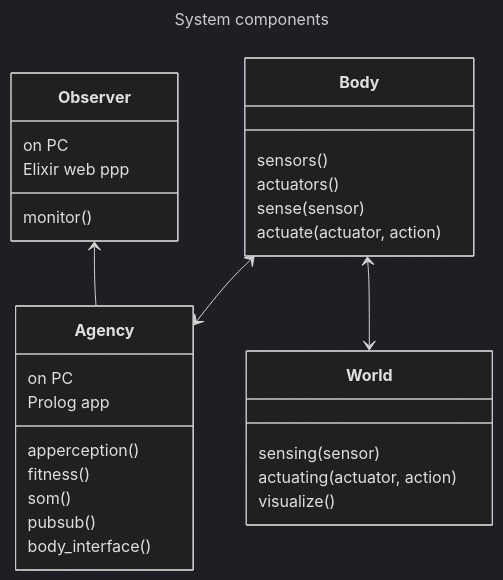
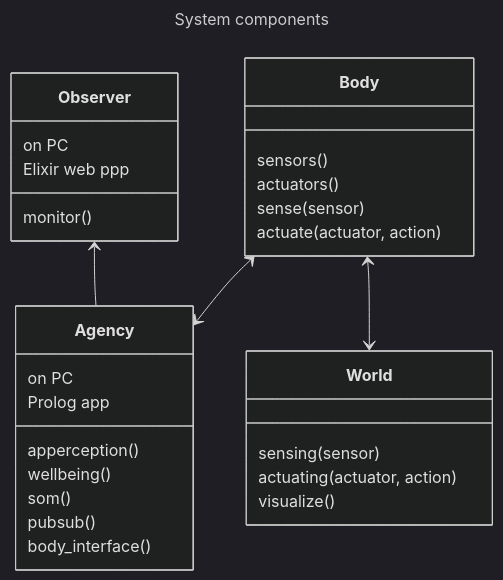
The second of 4 diagrams in system.md (jfcloutier/karma_system), drawn with Mermaid (dark theme) before and after one commit. The commit also changed other lines of this file and 5 other files, not shown here.

Commit message:
fitness -> wellbeing

````diff
--- a/system.md
+++ b/system.md
@@ -64,40 +64,40 @@
 ``` mermaid
 ---
 title: System components
 ---
 
 classDiagram
   Agency
   Observer
   Body
   World
   Observer <-- Agency
   Body <--> World
   Body <--> Agency
   class Agency {
     on PC
     Prolog app
     apperception()
-    fitness()
+    wellbeing()
     som()
     pubsub()
     body_interface()
   }
   class Observer {
     on PC
     Elixir web ppp
     monitor()
   }
   class Body {
     sensors()
     actuators()
     sense(sensor)
     actuate(actuator, action)
   }
   class World {
     sensing(sensor)
     actuating(actuator, action)
     visualize()
   }
 
 ```
````
